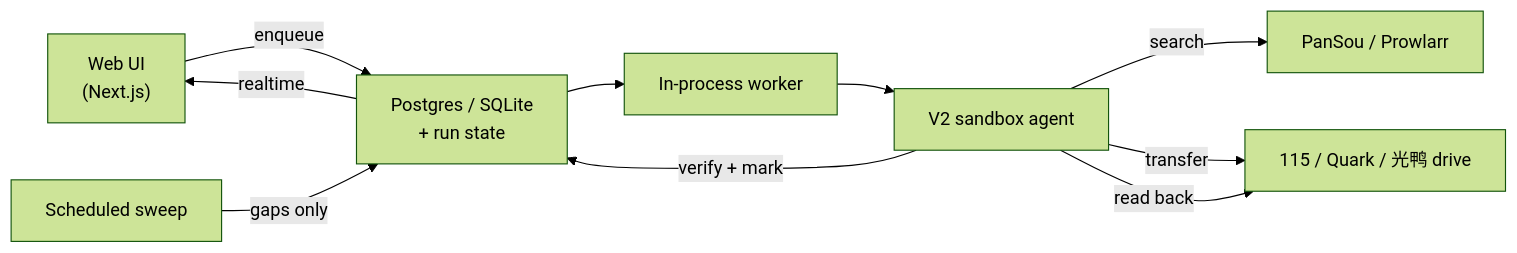
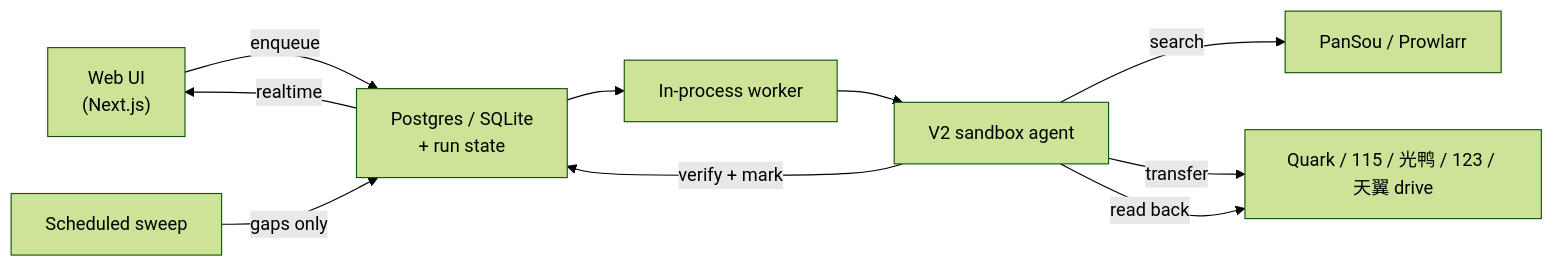
Before and after one commit to xixjohan/mediary-scout: the diagram in README.md, drawn with Mermaid (forest theme). The commit also changed other lines of this file and 2 other files, not shown here.

````diff
--- a/README.md
+++ b/README.md
@@ -137,12 +149,12 @@
 ```mermaid
 flowchart LR
     UI["Web UI<br/>(Next.js)"] -->|enqueue| Q["Postgres / SQLite<br/>+ run state"]
     Q --> W["In-process worker"]
     W --> AG["V2 sandbox agent"]
     AG -->|search| SRC["PanSou / Prowlarr"]
-    AG -->|transfer| DR["115 / Quark / 光鸭 drive"]
+    AG -->|transfer| DR["Quark / 115 / 光鸭 / 123 / 天翼 drive"]
     AG -->|read back| DR
     AG -->|verify + mark| Q
     Q -->|realtime| UI
     CRON["Scheduled sweep"] -->|gaps only| Q
 ```
````
